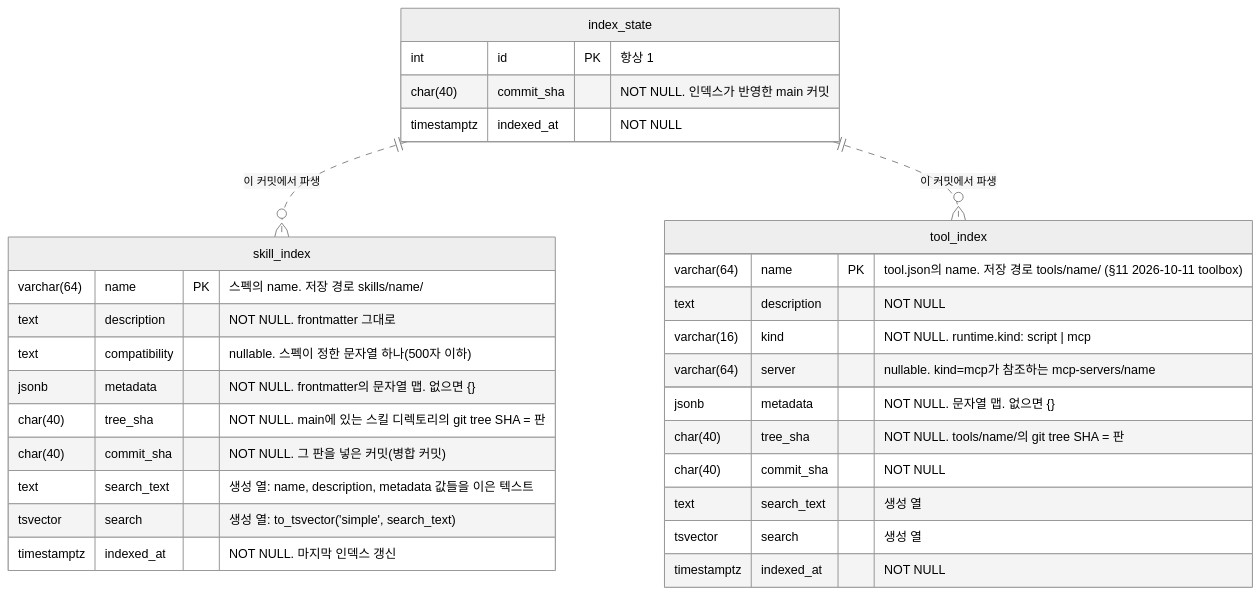
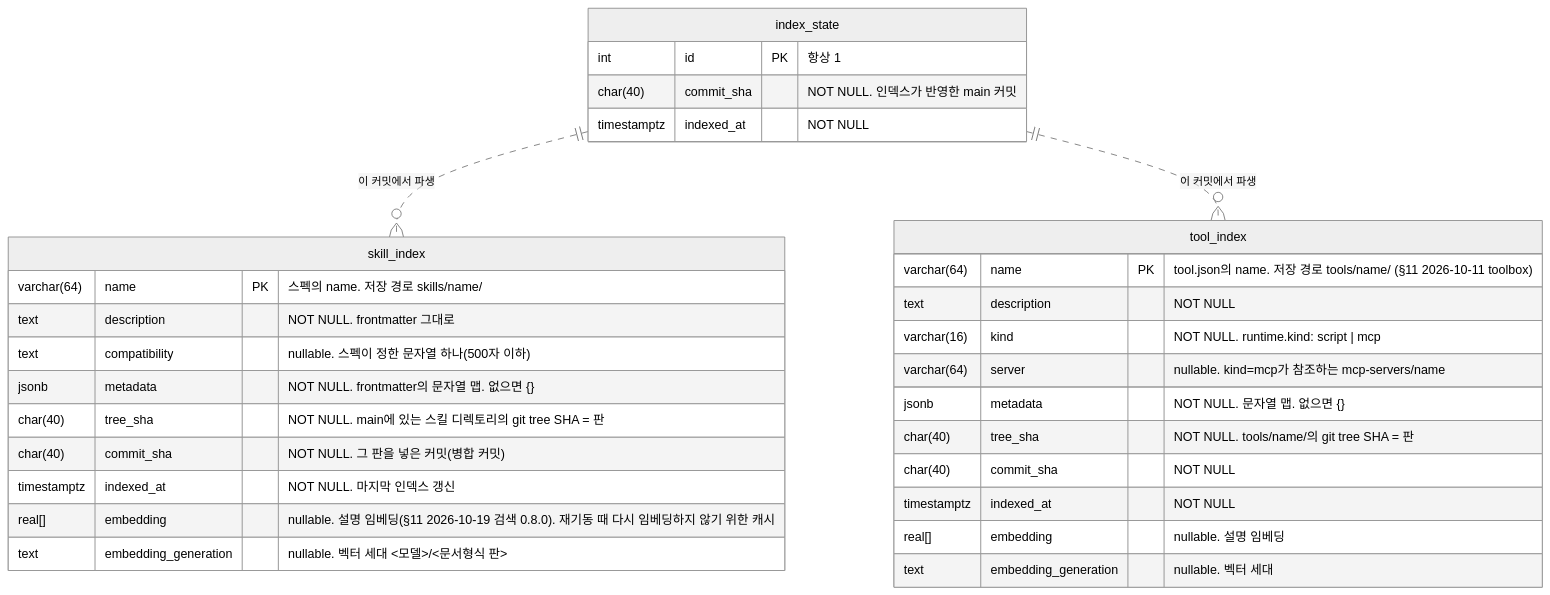
The third of 4 diagrams in DESIGN.md (alteralab/harness-catalog), drawn with Mermaid (neutral theme) before and after one commit. The commit also changed other lines of this file and 15 other files, not shown here.

````diff
--- a/DESIGN.md
+++ b/DESIGN.md
@@ -213,33 +213,33 @@
 ```mermaid
 erDiagram
     skill_index {
         varchar(64) name PK "스펙의 name. 저장 경로 skills/name/"
         text description "NOT NULL. frontmatter 그대로"
         text compatibility "nullable. 스펙이 정한 문자열 하나(500자 이하)"
         jsonb metadata "NOT NULL. frontmatter의 문자열 맵. 없으면 {}"
         char(40) tree_sha "NOT NULL. main에 있는 스킬 디렉토리의 git tree SHA = 판"
         char(40) commit_sha "NOT NULL. 그 판을 넣은 커밋(병합 커밋)"
-        text search_text "생성 열: name, description, metadata 값들을 이은 텍스트"
-        tsvector search "생성 열: to_tsvector('simple', search_text)"
         timestamptz indexed_at "NOT NULL. 마지막 인덱스 갱신"
+        real[] embedding "nullable. 설명 임베딩(§11 2026-10-19 검색 0.8.0). 재기동 때 다시 임베딩하지 않기 위한 캐시"
+        text embedding_generation "nullable. 벡터 세대 <모델>/<문서형식 판>"
     }
     tool_index {
         varchar(64) name PK "tool.json의 name. 저장 경로 tools/name/ (§11 2026-10-11 toolbox)"
         text description "NOT NULL"
         varchar(16) kind "NOT NULL. runtime.kind: script | mcp"
         varchar(64) server "nullable. kind=mcp가 참조하는 mcp-servers/name"
         jsonb metadata "NOT NULL. 문자열 맵. 없으면 {}"
         char(40) tree_sha "NOT NULL. tools/name/의 git tree SHA = 판"
         char(40) commit_sha "NOT NULL"
-        text search_text "생성 열"
-        tsvector search "생성 열"
         timestamptz indexed_at "NOT NULL"
+        real[] embedding "nullable. 설명 임베딩"
+        text embedding_generation "nullable. 벡터 세대"
     }
     index_state {
         int id PK "항상 1"
         char(40) commit_sha "NOT NULL. 인덱스가 반영한 main 커밋"
         timestamptz indexed_at "NOT NULL"
     }
     index_state ||..o{ skill_index : "이 커밋에서 파생"
     index_state ||..o{ tool_index : "이 커밋에서 파생"
 ```
````
